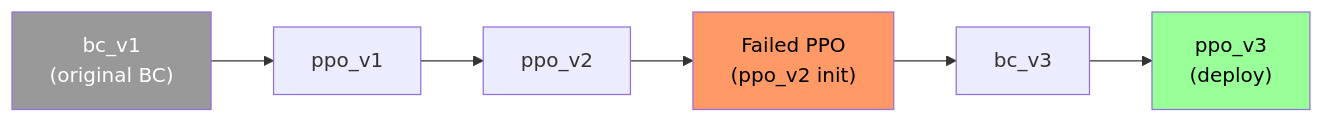
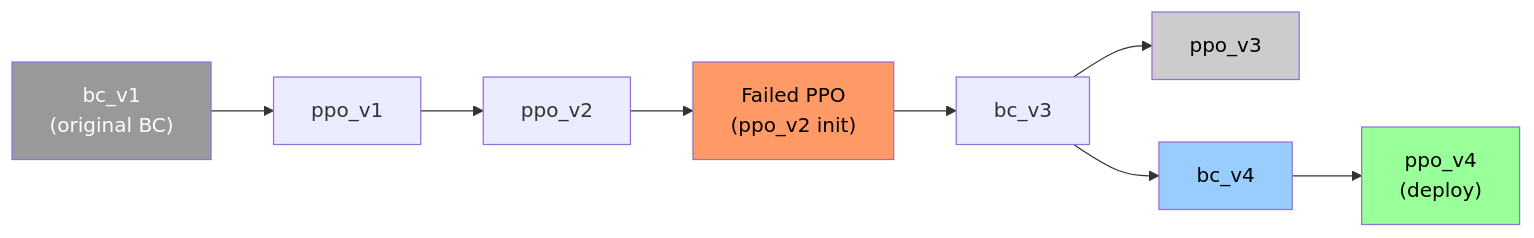
One commit to MiguelPecegueiro/STS2ProblemSolver changed the diagram in docs/MODEL_LINEAGE.md. Above: the diagram before and after it, drawn with Mermaid. The commit also changed other lines of this file and 3 other files, not shown here.

````diff
--- a/docs/MODEL_LINEAGE.md
+++ b/docs/MODEL_LINEAGE.md
@@ -15,12 +15,16 @@
 ```mermaid
 flowchart LR
   bc_v1["bc_v1<br/>(original BC)"] --> ppo_v1
   ppo_v1 --> ppo_v2
   ppo_v2 --> fail["Failed PPO<br/>(ppo_v2 init)"]
   fail --> bc_v3
-  bc_v3 --> ppo_v3["ppo_v3<br/>(deploy)"]
+  bc_v3 --> ppo_v3["ppo_v3"]
+  bc_v3 --> bc_v4["bc_v4"]
+  bc_v4 --> ppo_v4["ppo_v4<br/>(deploy)"]
 
   style bc_v1 fill:#999,color:#fff
   style fail fill:#f96,color:#000
-  style ppo_v3 fill:#9f9,color:#000
+  style ppo_v3 fill:#ccc,color:#000
+  style bc_v4 fill:#9cf,color:#000
+  style ppo_v4 fill:#9f9,color:#000
 ```
````
